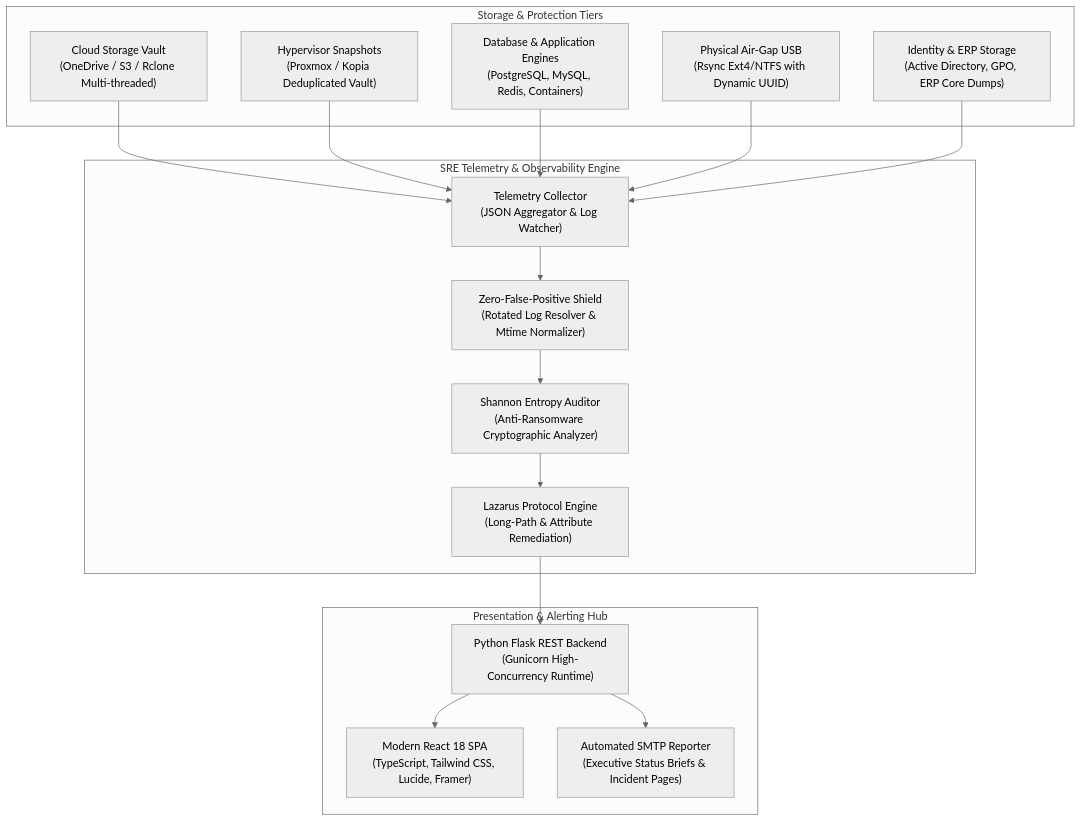
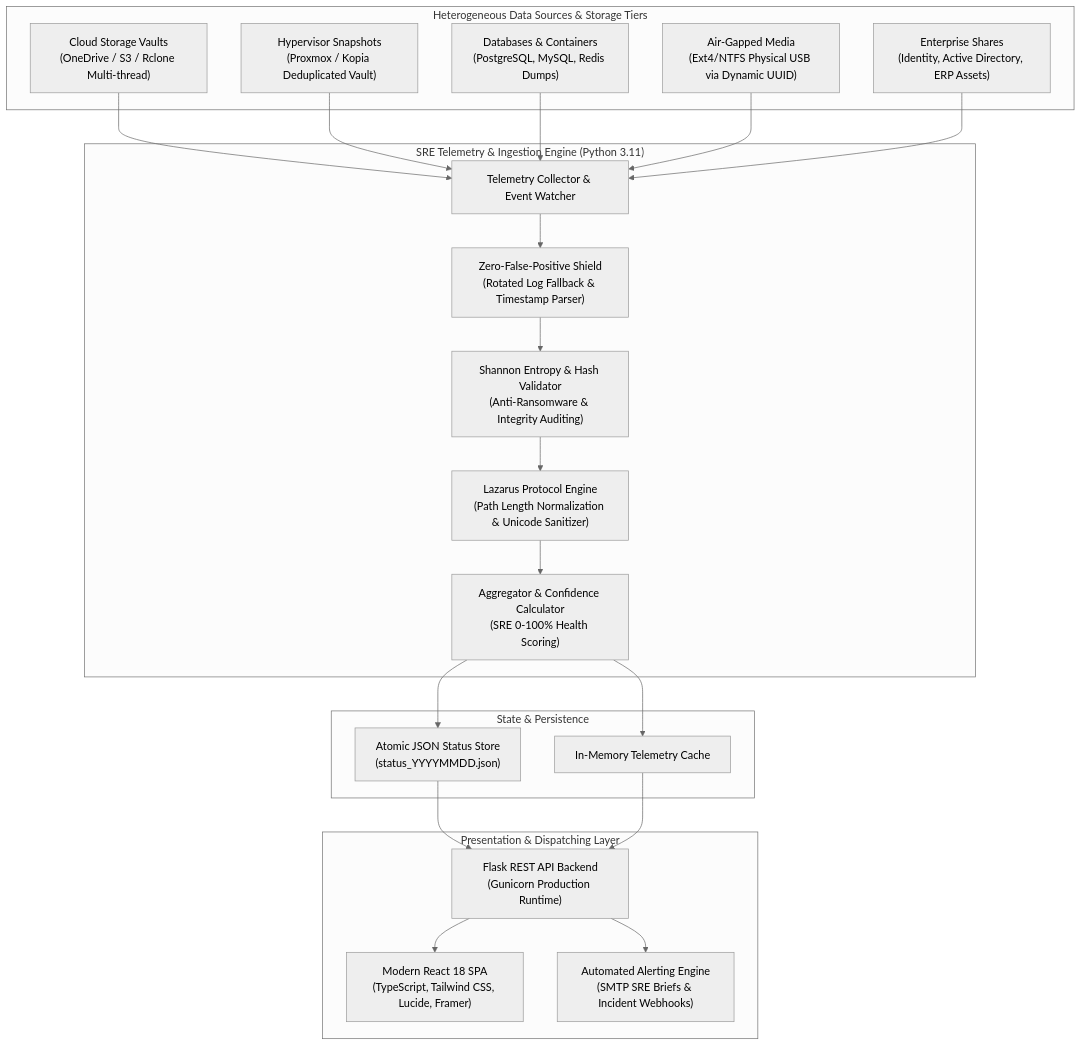
The first of 2 diagrams in README.md (ManoAlee/sre-backup-dashboard), drawn with Mermaid (neutral theme) before and after one commit. The commit also changed other lines of this file, not shown here.

Commit message:
docs(readme): elevate to senior open-source benchmark with architecture sequences and SRE algorithms

````diff
--- a/README.md
+++ b/README.md
@@ -32,29 +79,39 @@
 ```mermaid
 flowchart TD
-    subgraph Storage_Tiers ["Storage & Protection Tiers"]
-        C1["Cloud Storage Vault<br/>(OneDrive / S3 / Rclone Multi-threaded)"]
-        C2["Hypervisor Snapshots<br/>(Proxmox / Kopia Deduplicated Vault)"]
-        C3["Database & Application Engines<br/>(PostgreSQL, MySQL, Redis, Containers)"]
-        C4["Physical Air-Gap USB<br/>(Rsync Ext4/NTFS with Dynamic UUID)"]
-        C5["Identity & ERP Storage<br/>(Active Directory, GPO, ERP Core Dumps)"]
+    subgraph Data_Sources ["Heterogeneous Data Sources & Storage Tiers"]
+        D1["Cloud Storage Vaults<br/>(OneDrive / S3 / Rclone Multi-thread)"]
+        D2["Hypervisor Snapshots<br/>(Proxmox / Kopia Deduplicated Vault)"]
+        D3["Databases & Containers<br/>(PostgreSQL, MySQL, Redis Dumps)"]
+        D4["Air-Gapped Media<br/>(Ext4/NTFS Physical USB via Dynamic UUID)"]
+        D5["Enterprise Shares<br/>(Identity, Active Directory, ERP Assets)"]
     end
 
-    subgraph SRE_Core ["SRE Telemetry & Observability Engine"]
-        TL["Telemetry Collector<br/>(JSON Aggregator & Log Watcher)"]
-        SH["Zero-False-Positive Shield<br/>(Rotated Log Resolver & Mtime Normalizer)"]
-        SE["Shannon Entropy Auditor<br/>(Anti-Ransomware Cryptographic Analyzer)"]
-        LZ["Lazarus Protocol Engine<br/>(Long-Path & Attribute Remediation)"]
+    subgraph SRE_Engine ["SRE Telemetry & Ingestion Engine (Python 3.11)"]
+        TE["Telemetry Collector & Event Watcher"]
+        ZF["Zero-False-Positive Shield<br/>(Rotated Log Fallback & Timestamp Parser)"]
+        SE["Shannon Entropy & Hash Validator<br/>(Anti-Ransomware & Integrity Auditing)"]
+        LZ["Lazarus Protocol Engine<br/>(Path Length Normalization & Unicode Sanitizer)"]
+        AG["Aggregator & Confidence Calculator<br/>(SRE 0-100% Health Scoring)"]
     end
 
-    subgraph Presentation_Layer ["Presentation & Alerting Hub"]
-        API["Python Flask REST Backend<br/>(Gunicorn High-Concurrency Runtime)"]
-        UI["Modern React 18 SPA<br/>(TypeScript, Tailwind CSS, Lucide, Framer)"]
-        AL["Automated SMTP Reporter<br/>(Executive Status Briefs & Incident Pages)"]
+    subgraph Storage_Layer ["State & Persistence"]
+        JSON_STORE["Atomic JSON Status Store<br/>(status_YYYYMMDD.json)"]
+        CACHE["In-Memory Telemetry Cache"]
     end
 
-    C1 & C2 & C3 & C4 & C5 --> TL
-    TL --> SH --> SE --> LZ
-    LZ --> API
-    API --> UI
-    API --> AL
+    subgraph Presentation ["Presentation & Dispatching Layer"]
+        API["Flask REST API Backend<br/>(Gunicorn Production Runtime)"]
+        SPA["Modern React 18 SPA<br/>(TypeScript, Tailwind CSS, Lucide, Framer)"]
+        ALERT["Automated Alerting Engine<br/>(SMTP SRE Briefs & Incident Webhooks)"]
+    end
+
+    D1 & D2 & D3 & D4 & D5 --> TE
+    TE --> ZF
+    ZF --> SE
+    SE --> LZ
+    LZ --> AG
+    AG --> JSON_STORE & CACHE
+    JSON_STORE & CACHE --> API
+    API --> SPA
+    API --> ALERT
 ```
````
